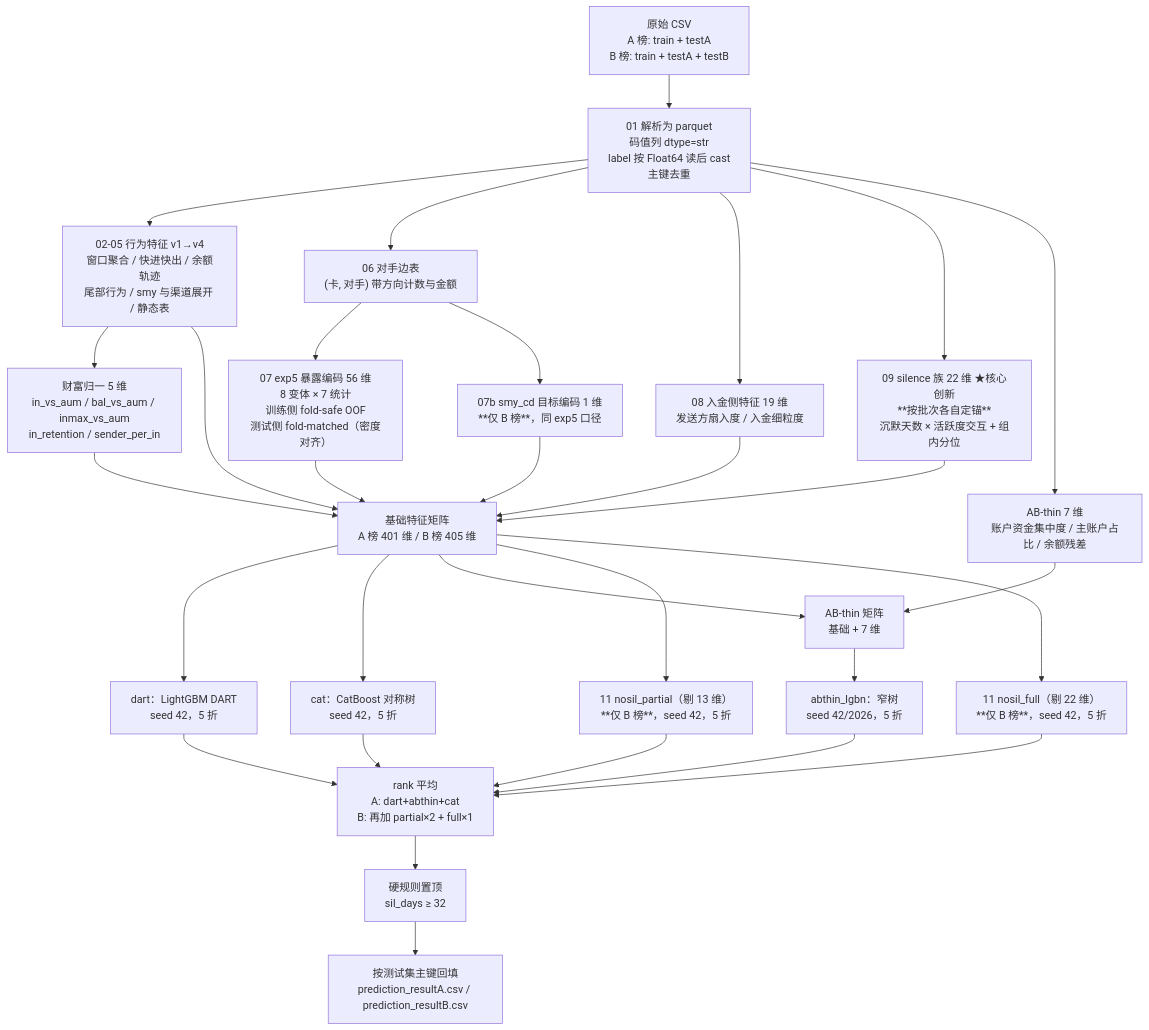
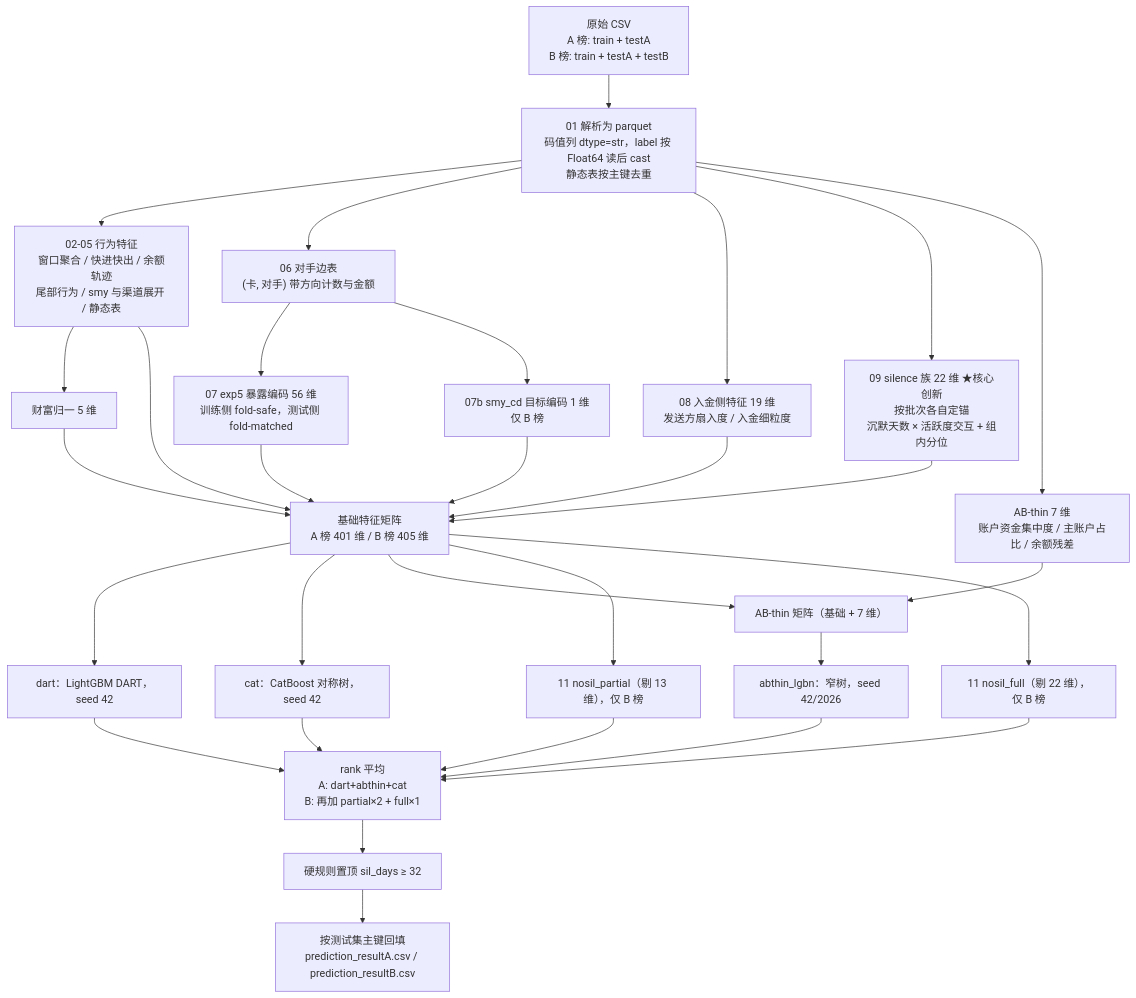
One commit to Tristan-Tan/data-analysis changed the diagram in 选手姓名-赛题X-审查材料说明.md. Above: the diagram before and after it, drawn with Mermaid. The commit also changed other lines of this file and 3 other files, not shown here.

````diff
--- a/选手姓名-赛题X-审查材料说明.md
+++ b/选手姓名-赛题X-审查材料说明.md
@@ -245,38 +180,37 @@
 ```mermaid
 flowchart TD
-    A["原始 CSV<br/>A 榜: train + testA<br/>B 榜: train + testA + testB"] --> B["01 解析为 parquet<br/>码值列 dtype=str<br/>label 按 Float64 读后 cast<br/>主键去重"]
+    A["原始 CSV<br/>A 榜: train + testA<br/>B 榜: train + testA + testB"] --> B["01 解析为 parquet<br/>码值列 dtype=str，label 按 Float64 读后 cast<br/>静态表按主键去重"]
 
-    B --> C1["02-05 行为特征 v1→v4<br/>窗口聚合 / 快进快出 / 余额轨迹<br/>尾部行为 / smy 与渠道展开 / 静态表"]
+    B --> C1["02-05 行为特征<br/>窗口聚合 / 快进快出 / 余额轨迹<br/>尾部行为 / smy 与渠道展开 / 静态表"]
     B --> C2["06 对手边表<br/>(卡, 对手) 带方向计数与金额"]
     B --> C3["08 入金侧特征 19 维<br/>发送方扇入度 / 入金细粒度"]
-    B --> C4["09 silence 族 22 维 ★核心创新<br/>**按批次各自定锚**<br/>沉默天数 × 活跃度交互 + 组内分位"]
+    B --> C4["09 silence 族 22 维 ★核心创新<br/>按批次各自定锚<br/>沉默天数 × 活跃度交互 + 组内分位"]
     B --> C5["AB-thin 7 维<br/>账户资金集中度 / 主账户占比 / 余额残差"]
 
-    C2 --> D["07 exp5 暴露编码 56 维<br/>8 变体 × 7 统计<br/>训练侧 fold-safe OOF<br/>测试侧 fold-matched（密度对齐）"]
-    C2 --> D2["07b smy_cd 目标编码 1 维<br/>**仅 B 榜**，同 exp5 口径"]
-
-    C1 --> E["财富归一 5 维<br/>in_vs_aum / bal_vs_aum / inmax_vs_aum<br/>in_retention / sender_per_in"]
+    C2 --> D["07 exp5 暴露编码 56 维<br/>训练侧 fold-safe，测试侧 fold-matched"]
+    C2 --> D2["07b smy_cd 目标编码 1 维<br/>仅 B 榜"]
+    C1 --> E["财富归一 5 维"]
 
     C1 --> F["基础特征矩阵<br/>A 榜 401 维 / B 榜 405 维"]
     C3 --> F
     C4 --> F
     D --> F
     D2 --> F
     E --> F
 
-    F --> G1["dart：LightGBM DART<br/>seed 42，5 折"]
-    F --> G3["cat：CatBoost 对称树<br/>seed 42，5 折"]
-    F --> F2["AB-thin 矩阵<br/>基础 + 7 维"]
+    F --> G1["dart：LightGBM DART，seed 42"]
+    F --> G3["cat：CatBoost 对称树，seed 42"]
+    F --> F2["AB-thin 矩阵（基础 + 7 维）"]
     C5 --> F2
-    F2 --> G2["abthin_lgbn：窄树<br/>seed 42/2026，5 折"]
-    F --> G4["11 nosil_partial（剔 13 维）<br/>**仅 B 榜**，seed 42，5 折"]
-    F --> G5["11 nosil_full（剔 22 维）<br/>**仅 B 榜**，seed 42，5 折"]
+    F2 --> G2["abthin_lgbn：窄树，seed 42/2026"]
+    F --> G4["11 nosil_partial（剔 13 维），仅 B 榜"]
+    F --> G5["11 nosil_full（剔 22 维），仅 B 榜"]
 
     G1 --> H["rank 平均<br/>A: dart+abthin+cat<br/>B: 再加 partial×2 + full×1"]
     G2 --> H
     G3 --> H
     G4 --> H
     G5 --> H
-    H --> I["硬规则置顶<br/>sil_days ≥ 32"]
+    H --> I["硬规则置顶 sil_days ≥ 32"]
     I --> J["按测试集主键回填<br/>prediction_resultA.csv / prediction_resultB.csv"]
 ```
````
